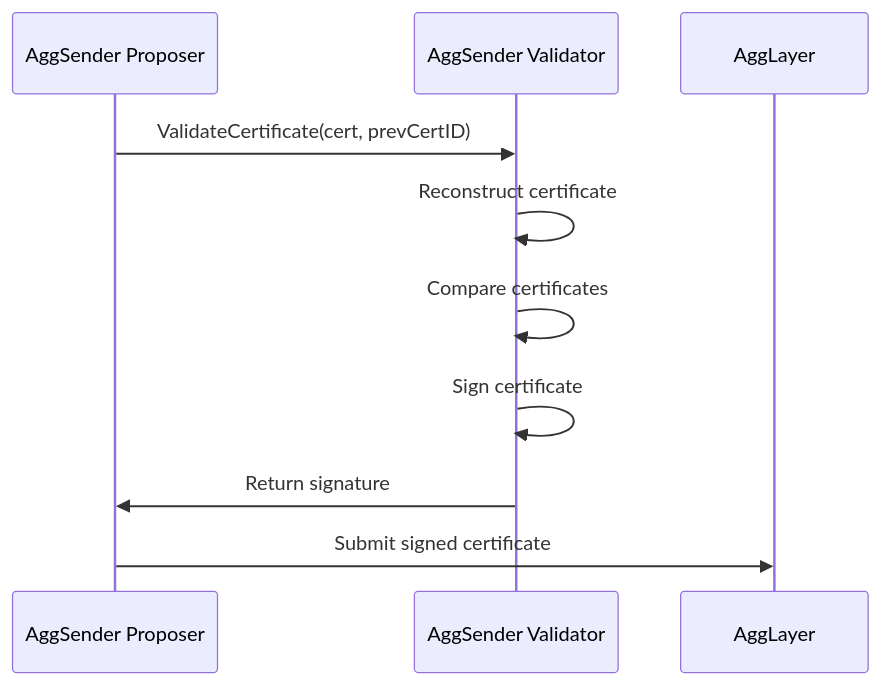
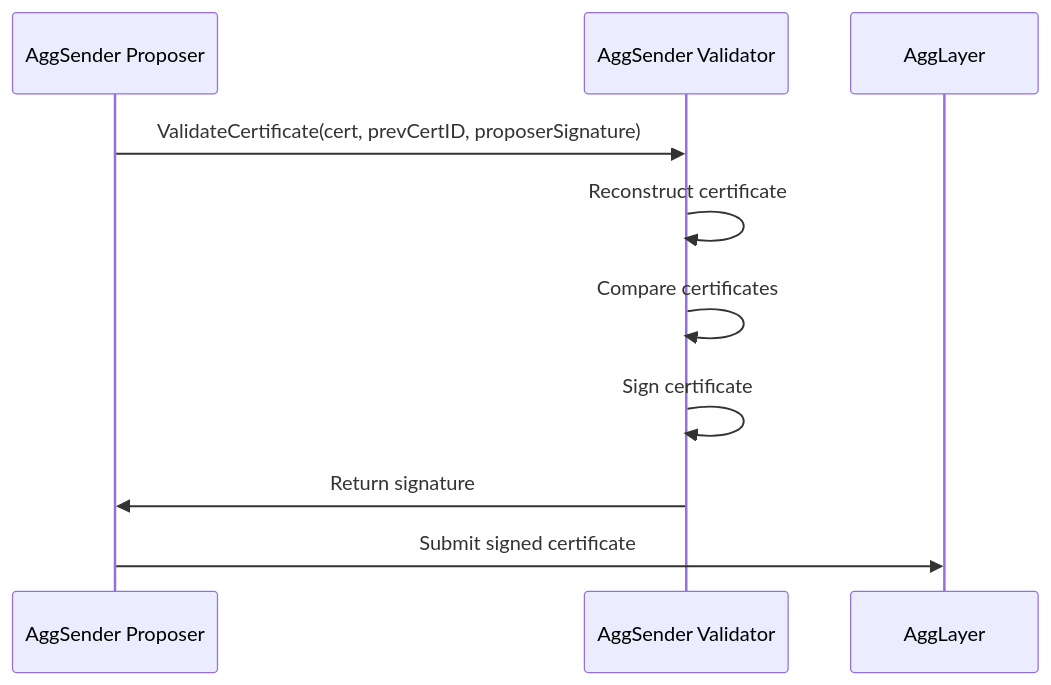
The second of 2 diagrams in docs/aggsender_validator.md (agglayer/aggkit), drawn with Mermaid before and after one commit. The commit also changed other lines of this file and 26 other files, not shown here.

````diff
--- a/docs/aggsender_validator.md
+++ b/docs/aggsender_validator.md
@@ -223,13 +289,13 @@
 ```mermaid
 sequenceDiagram
     participant AP as AggSender Proposer
     participant AV as AggSender Validator
     participant AL as AggLayer
     
-    AP->>AV: ValidateCertificate(cert, prevCertID)
+    AP->>AV: ValidateCertificate(cert, prevCertID, proposerSignature)
     AV->>AV: Reconstruct certificate
     AV->>AV: Compare certificates
     AV->>AV: Sign certificate
     AV->>AP: Return signature
     AP->>AL: Submit signed certificate
 ```
````
